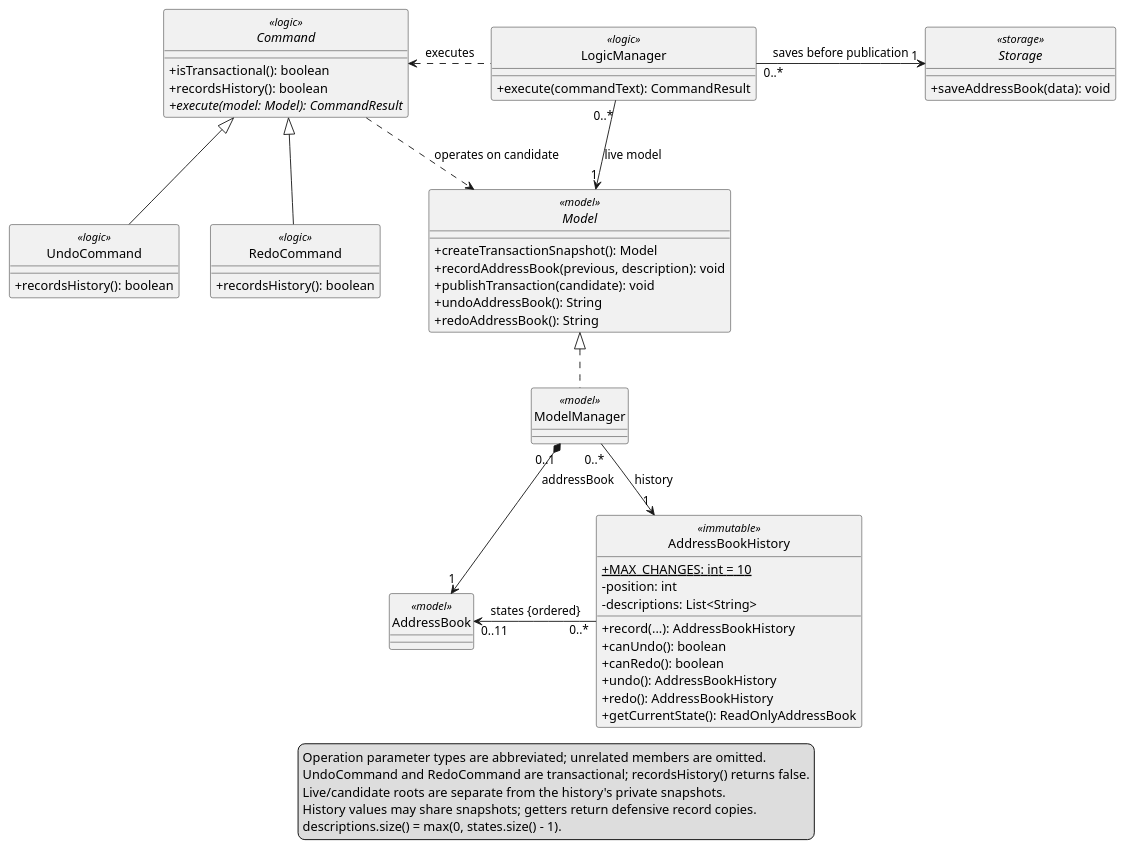
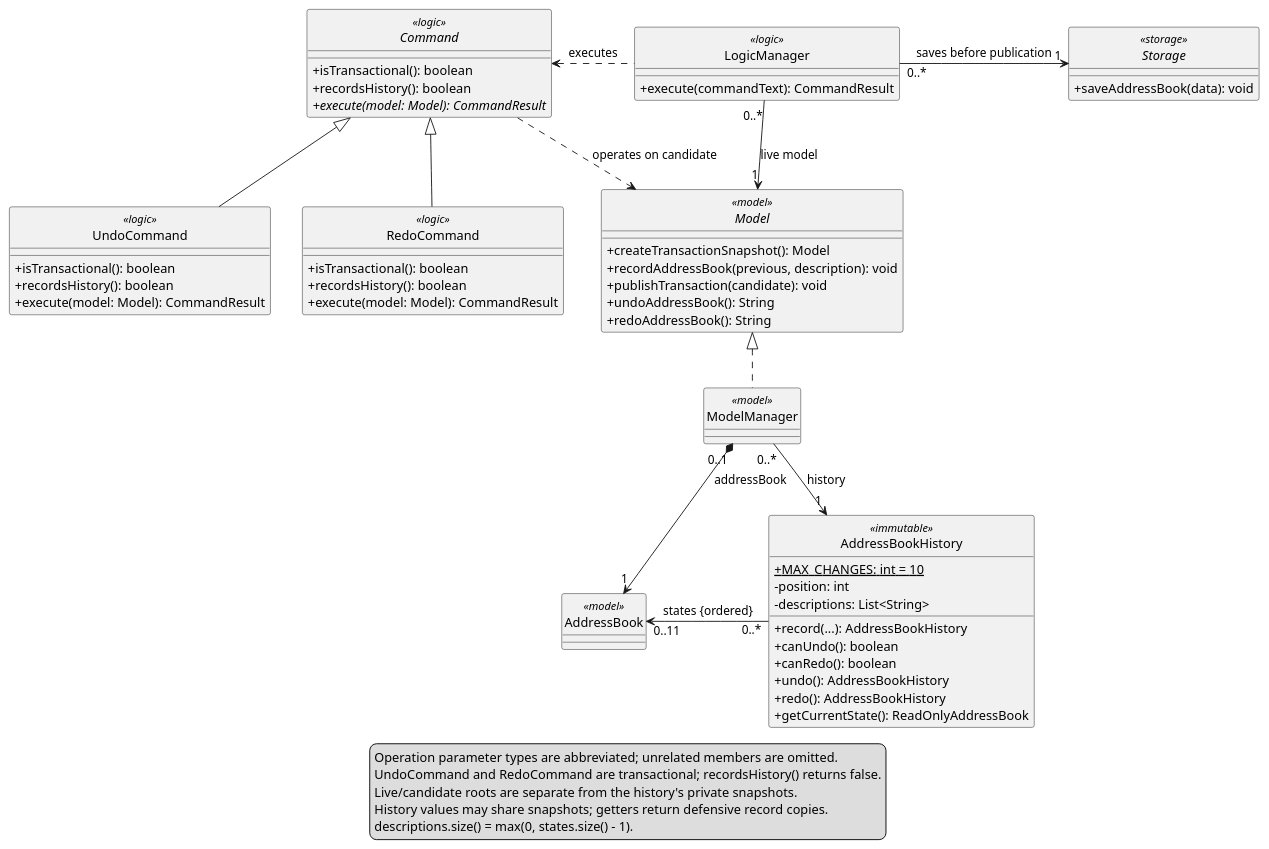
Before and after one commit to AY2627S1-CS2103T-F15-2/tp: the diagram in docs/diagrams/UndoRedoClassDiagram.puml, drawn with PlantUML. The commit also changed 5 other files, not shown here.

```diff
--- a/docs/diagrams/UndoRedoClassDiagram.puml
+++ b/docs/diagrams/UndoRedoClassDiagram.puml
@@ -1,63 +1,67 @@
 @startuml
 skinparam shadowing false
 skinparam defaultFontName Arial
 skinparam classAttributeIconSize 0
 hide circle
 
 class LogicManager <<logic>> {
   + execute(commandText): CommandResult
 }
 abstract class Command <<logic>> {
   + isTransactional(): boolean
   + recordsHistory(): boolean
   {abstract} + execute(model: Model): CommandResult
 }
 class UndoCommand <<logic>> {
+  + isTransactional(): boolean
   + recordsHistory(): boolean
+  + execute(model: Model): CommandResult
 }
 class RedoCommand <<logic>> {
+  + isTransactional(): boolean
   + recordsHistory(): boolean
+  + execute(model: Model): CommandResult
 }
 interface Storage <<storage>> {
   + saveAddressBook(data): void
 }
 interface Model <<model>> {
   + createTransactionSnapshot(): Model
   + recordAddressBook(previous, description): void
   + publishTransaction(candidate): void
   + undoAddressBook(): String
   + redoAddressBook(): String
 }
 class ModelManager <<model>>
 class AddressBook <<model>>
 class AddressBookHistory <<immutable>> {
   {static} + MAX_CHANGES: int = 10
   - position: int
   - descriptions: List<String>
   + record(...): AddressBookHistory
   + canUndo(): boolean
   + canRedo(): boolean
   + undo(): AddressBookHistory
   + redo(): AddressBookHistory
   + getCurrentState(): ReadOnlyAddressBook
 }
 
 UndoCommand -up-|> Command
 RedoCommand -up-|> Command
 LogicManager .left.> Command : executes
 LogicManager "0..*" -down-> "1" Model : live model
 LogicManager "0..*" -right-> "1" Storage : saves before publication
 Command ..> Model : operates on candidate
 ModelManager .up.|> Model
 ModelManager "0..1" *-down-> "1" AddressBook : addressBook
 ModelManager "0..*" -right-> "1" AddressBookHistory : history
 AddressBookHistory "0..*" -left-> "0..11" AddressBook : states {ordered}
 
 legend bottom
   Operation parameter types are abbreviated; unrelated members are omitted.
   UndoCommand and RedoCommand are transactional; recordsHistory() returns false.
   Live/candidate roots are separate from the history's private snapshots.
   History values may share snapshots; getters return defensive record copies.
   descriptions.size() = max(0, states.size() - 1).
 endlegend
 @enduml
```
